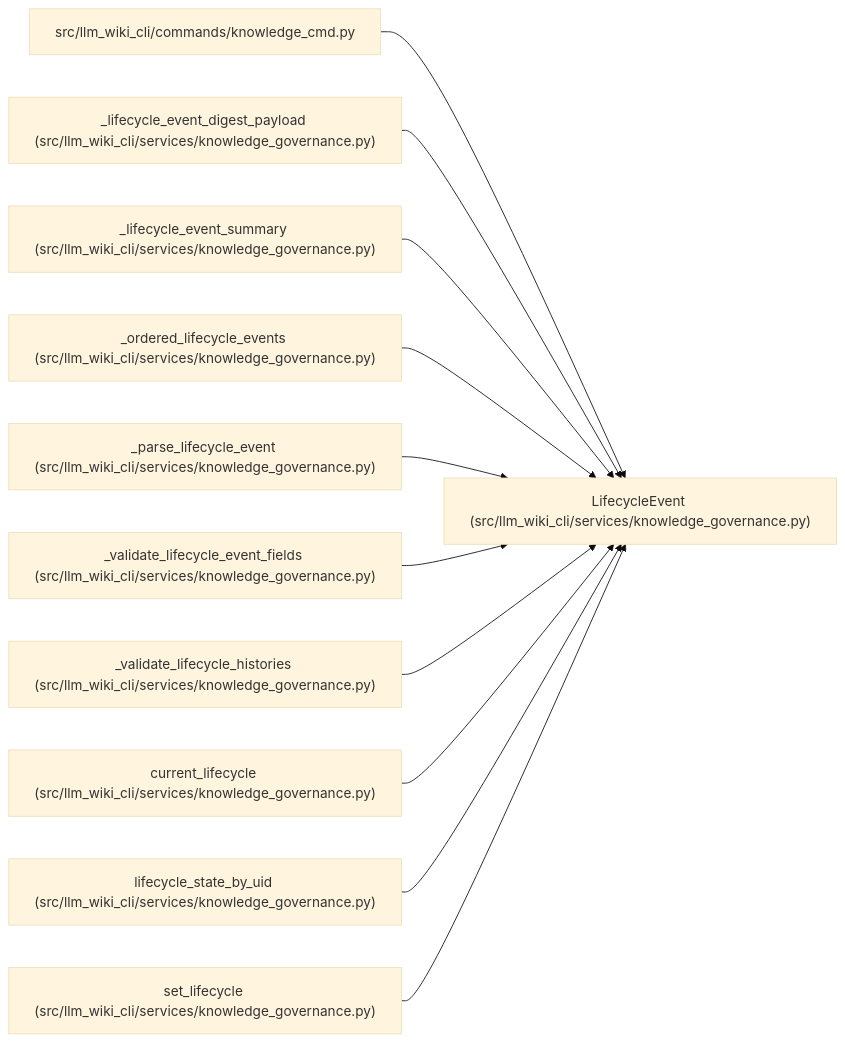
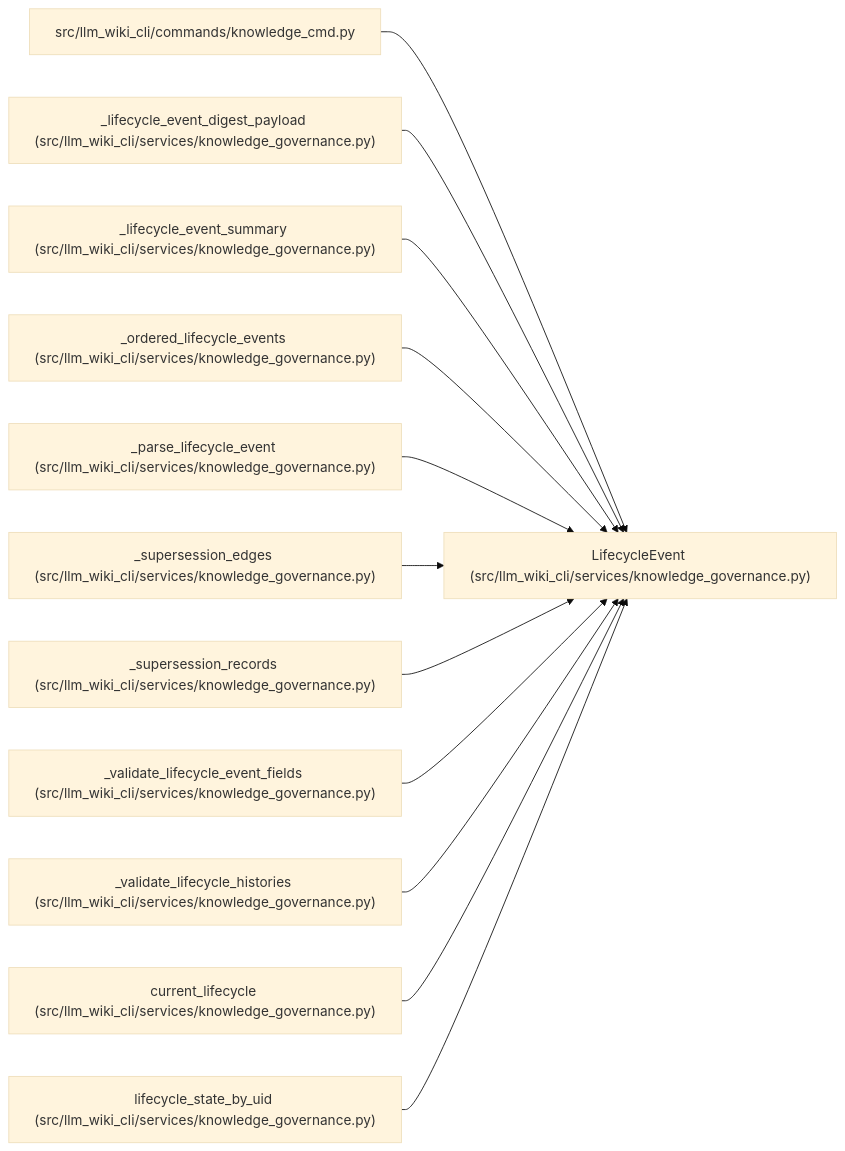
One commit to Denissvgn/python-wiki-llm changed the diagram in docs/llm_wiki/entities/LifecycleEvent.md. Above: the diagram before and after it, drawn with Mermaid (base theme). The commit also changed other lines of this file and 363 other files, not shown here.

````diff
--- a/docs/llm_wiki/entities/LifecycleEvent.md
+++ b/docs/llm_wiki/entities/LifecycleEvent.md
@@ -37,35 +37,38 @@
 ```mermaid
 flowchart LR
     n0["LifecycleEvent (src/llm_wiki_cli/services/knowledge_governance.py)"]
     n1["src/llm_wiki_cli/commands/knowledge_cmd.py"]
     n2["_lifecycle_event_digest_payload (src/llm_wiki_cli/services/knowledge_governance.py)"]
     n3["_lifecycle_event_summary (src/llm_wiki_cli/services/knowledge_governance.py)"]
     n4["_ordered_lifecycle_events (src/llm_wiki_cli/services/knowledge_governance.py)"]
     n5["_parse_lifecycle_event (src/llm_wiki_cli/services/knowledge_governance.py)"]
-    n6["_validate_lifecycle_event_fields (src/llm_wiki_cli/services/knowledge_governance.py)"]
-    n7["_validate_lifecycle_histories (src/llm_wiki_cli/services/knowledge_governance.py)"]
-    n8["current_lifecycle (src/llm_wiki_cli/services/knowledge_governance.py)"]
-    n9["lifecycle_state_by_uid (src/llm_wiki_cli/services/knowledge_governance.py)"]
-    n10["set_lifecycle (src/llm_wiki_cli/services/knowledge_governance.py)"]
+    n6["_supersession_edges (src/llm_wiki_cli/services/knowledge_governance.py)"]
+    n7["_supersession_records (src/llm_wiki_cli/services/knowledge_governance.py)"]
+    n8["_validate_lifecycle_event_fields (src/llm_wiki_cli/services/knowledge_governance.py)"]
+    n9["_validate_lifecycle_histories (src/llm_wiki_cli/services/knowledge_governance.py)"]
+    n10["current_lifecycle (src/llm_wiki_cli/services/knowledge_governance.py)"]
+    n11["lifecycle_state_by_uid (src/llm_wiki_cli/services/knowledge_governance.py)"]
     n1 --> n0
     n2 --> n0
     n3 --> n0
     n4 --> n0
     n5 --> n0
     n6 --> n0
     n7 --> n0
     n8 --> n0
     n9 --> n0
     n10 --> n0
+    n11 --> n0
     click n0 "../modules/knowledge_governance.md"
     click n1 "../modules/knowledge_cmd.md"
     click n2 "../modules/knowledge_governance.md"
     click n3 "../modules/knowledge_governance.md"
     click n4 "../modules/knowledge_governance.md"
     click n5 "../modules/knowledge_governance.md"
     click n6 "../modules/knowledge_governance.md"
     click n7 "../modules/knowledge_governance.md"
     click n8 "../modules/knowledge_governance.md"
     click n9 "../modules/knowledge_governance.md"
     click n10 "../modules/knowledge_governance.md"
+    click n11 "../modules/knowledge_governance.md"
 ```
````
